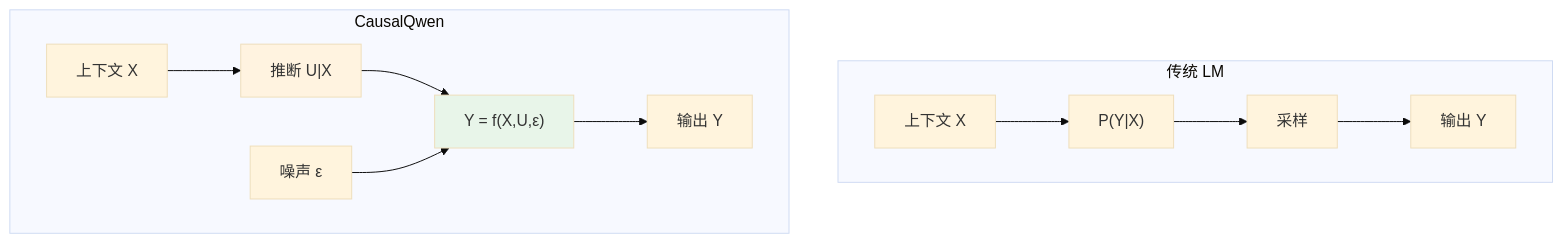
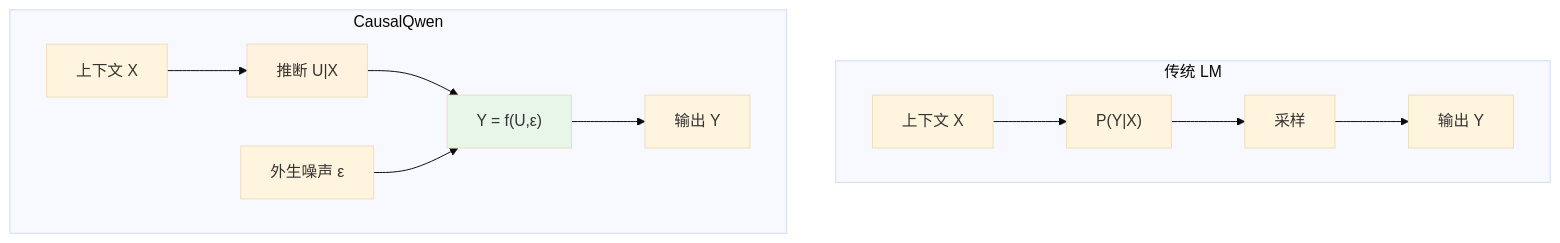
Diagram 13 of 16 in design-docs/causal_qwen_text_only.md (1587causalai/CausalQwen), drawn with Mermaid (base theme) before and after one commit. The commit also changed other lines of this file, not shown here.

````diff
--- a/design-docs/causal_qwen_text_only.md
+++ b/design-docs/causal_qwen_text_only.md
@@ -383,18 +569,18 @@
 ```mermaid
 graph TD
     subgraph "传统 LM"
         X1["上下文 X"] --> P1["P(Y|X)"]
         P1 --> Sample1["采样"]
         Sample1 --> Y1["输出 Y"]
     end
     
     subgraph "CausalQwen"
         X2["上下文 X"] --> U2["推断 U|X"]
-        U2 --> F2["Y = f(X,U,ε)"]
-        Noise["噪声 ε"] --> F2
+        U2 --> F2["Y = f(U,ε)"]
+        Noise["外生噪声 ε"] --> F2
         F2 --> Y2["输出 Y"]
     end
     
     style U2 fill:#fff3e0
     style F2 fill:#e8f5e9
 ```
````
